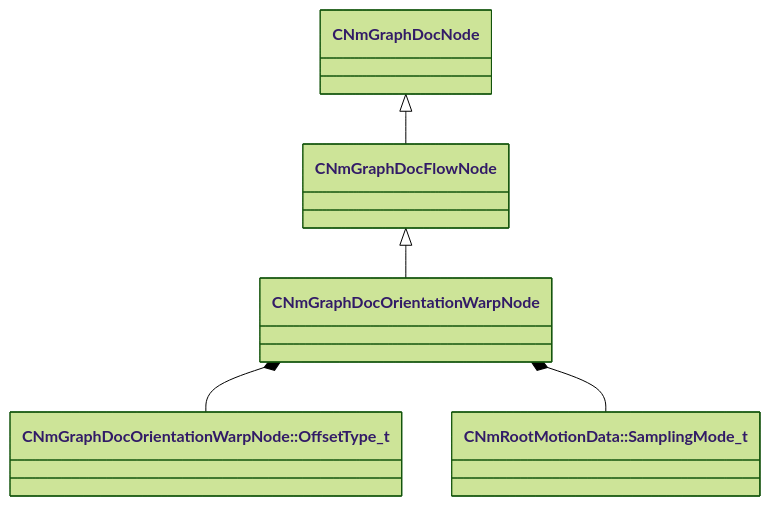
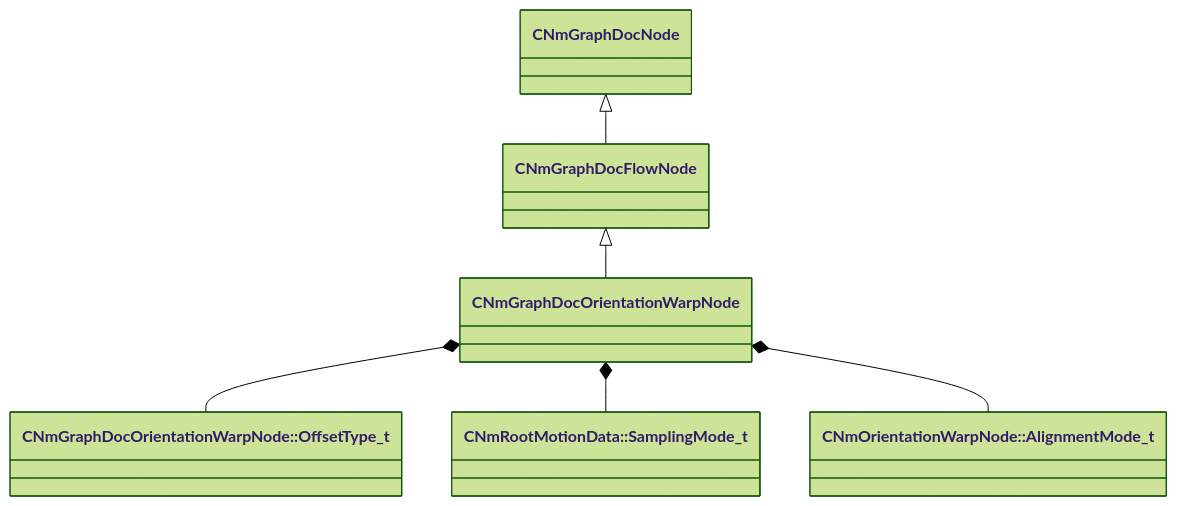
One commit to CS2OpenDev/CS2OpenDev-Docs changed the diagram in docs/generated/schemas/animdoclib/CNmGraphDocOrientationWarpNode.md. Above: the diagram before and after it, drawn with Mermaid (forest theme). The commit also changed other lines of this file and 4654 other files, not shown here.

Commit message:
docs: regenerate for SchemaTracker build 25947352 [skip ci]

````diff
--- a/docs/generated/schemas/animdoclib/CNmGraphDocOrientationWarpNode.md
+++ b/docs/generated/schemas/animdoclib/CNmGraphDocOrientationWarpNode.md
@@ -19,7 +19,8 @@
 ```mermaid
 classDiagram
     CNmGraphDocFlowNode <|-- CNmGraphDocOrientationWarpNode
     CNmGraphDocNode <|-- CNmGraphDocFlowNode
     CNmGraphDocOrientationWarpNode *-- `CNmGraphDocOrientationWarpNode::OffsetType_t`
     CNmGraphDocOrientationWarpNode *-- `CNmRootMotionData::SamplingMode_t`
+    CNmGraphDocOrientationWarpNode *-- `CNmOrientationWarpNode::AlignmentMode_t`
 ```
````
